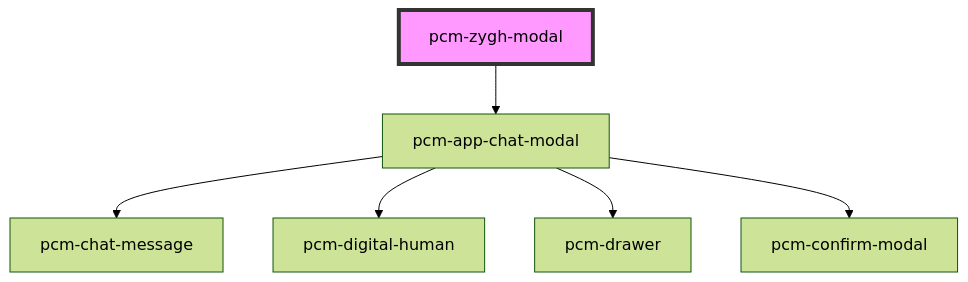
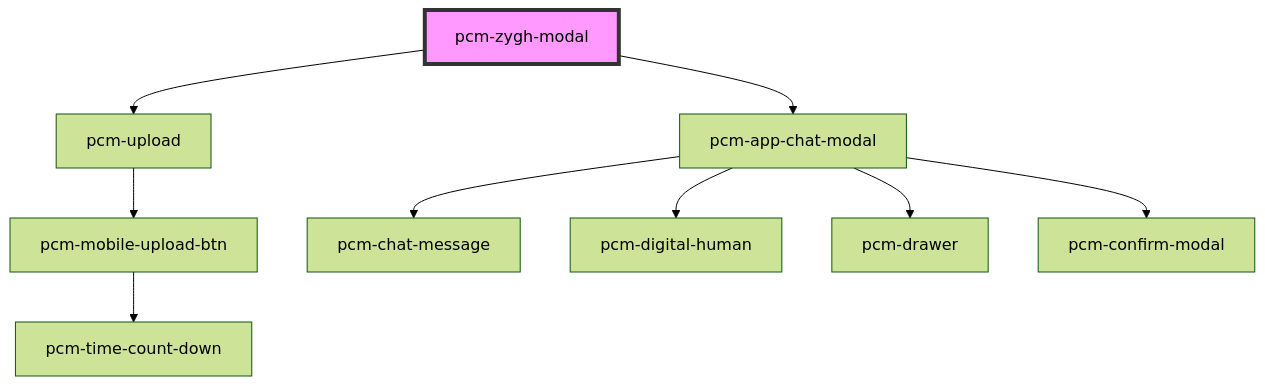
One commit to Pincaimao/pcm-agents-sdk changed the diagram in packages/pcm-agents/docs/components/pcm-zygh-modal/readme.md. Above: the diagram before and after it, drawn with Mermaid (forest theme). The commit also changed other lines of this file and 20 other files, not shown here.

````diff
--- a/packages/pcm-agents/docs/components/pcm-zygh-modal/readme.md
+++ b/packages/pcm-agents/docs/components/pcm-zygh-modal/readme.md
@@ -44,9 +46,12 @@
 ```mermaid
 graph TD;
+  pcm-zygh-modal --> pcm-upload
   pcm-zygh-modal --> pcm-app-chat-modal
+  pcm-upload --> pcm-mobile-upload-btn
+  pcm-mobile-upload-btn --> pcm-time-count-down
   pcm-app-chat-modal --> pcm-chat-message
   pcm-app-chat-modal --> pcm-digital-human
   pcm-app-chat-modal --> pcm-drawer
   pcm-app-chat-modal --> pcm-confirm-modal
   style pcm-zygh-modal fill:#f9f,stroke:#333,stroke-width:4px
 ```
````
